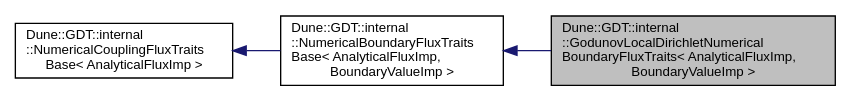
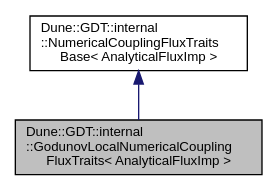
The diagram in docs/dune-gdt/''/a01207.dot (dune-community/dune-community.github.io), drawn with Graphviz before and after one commit. The commit also changed 2519 other files, not shown here.

Commit message:
Updated documentation for dune-gdt ''

```diff
--- a/docs/dune-gdt/''/a01207.dot
+++ b/docs/dune-gdt/''/a01207.dot
@@ -1,11 +1,8 @@
-digraph "Dune::GDT::internal::GodunovLocalDirichletNumericalBoundaryFluxTraits&lt; AnalyticalFluxImp, BoundaryValueImp &gt;"
+digraph "Dune::GDT::internal::GodunovLocalNumericalCouplingFluxTraits&lt; AnalyticalFluxImp &gt;"
 {
   edge [fontname="Helvetica",fontsize="10",labelfontname="Helvetica",labelfontsize="10"];
   node [fontname="Helvetica",fontsize="10",shape=record];
-  rankdir="LR";
-  Node0 [label="Dune::GDT::internal\l::GodunovLocalDirichletNumerical\lBoundaryFluxTraits\< AnalyticalFluxImp,\l BoundaryValueImp \>",height=0.2,width=0.4,color="black", fillcolor="grey75", style="filled", fontcolor="black"];
+  Node0 [label="Dune::GDT::internal\l::GodunovLocalNumericalCoupling\lFluxTraits\< AnalyticalFluxImp \>",height=0.2,width=0.4,color="black", fillcolor="grey75", style="filled", fontcolor="black"];
   Node1 -> Node0 [dir="back",color="midnightblue",fontsize="10",style="solid",fontname="Helvetica"];
-  Node1 [label="Dune::GDT::internal\l::NumericalBoundaryFluxTraits\lBase\< AnalyticalFluxImp,\l BoundaryValueImp \>",height=0.2,width=0.4,color="black", fillcolor="white", style="filled",URL="$a01120.html"];
-  Node2 -> Node1 [dir="back",color="midnightblue",fontsize="10",style="solid",fontname="Helvetica"];
-  Node2 [label="Dune::GDT::internal\l::NumericalCouplingFluxTraits\lBase\< AnalyticalFluxImp \>",height=0.2,width=0.4,color="black", fillcolor="white", style="filled",URL="$a01116.html"];
+  Node1 [label="Dune::GDT::internal\l::NumericalCouplingFluxTraits\lBase\< AnalyticalFluxImp \>",height=0.2,width=0.4,color="black", fillcolor="white", style="filled",URL="$a01116.html"];
 }
```
